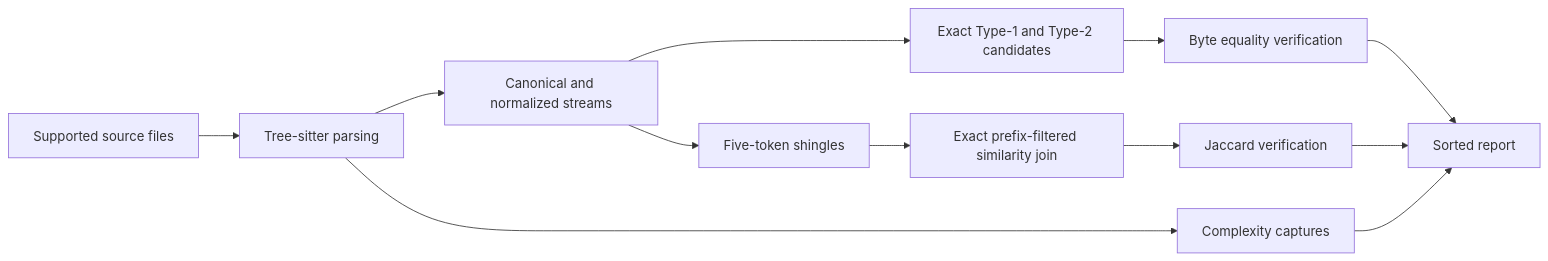
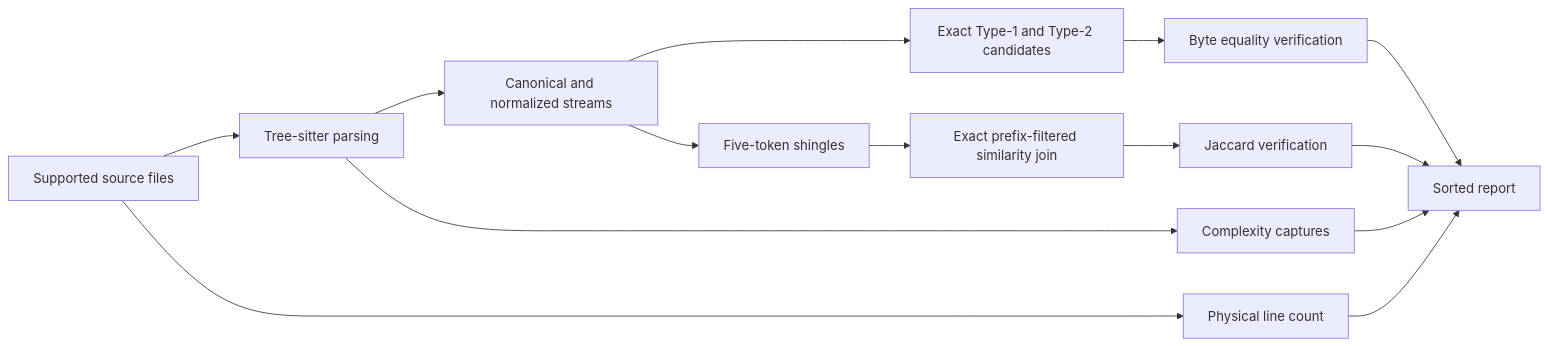
The diagram in docs/content/concepts/how-it-works.md (EzyGang/aposlop), drawn with Mermaid before and after one commit. The commit also changed other lines of this file and 34 other files, not shown here.

Commit message:
✨ feat(file-length): report excessive source file length

````diff
--- a/docs/content/concepts/how-it-works.md
+++ b/docs/content/concepts/how-it-works.md
@@ -6,14 +6,16 @@
 ```mermaid
 flowchart LR
   files[Supported source files] --> parse[Tree-sitter parsing]
+  files --> length[Physical line count]
   parse --> tokens[Canonical and normalized streams]
   tokens --> exact[Exact Type-1 and Type-2 candidates]
   tokens --> shingles[Five-token shingles]
   shingles --> join[Exact prefix-filtered similarity join]
   exact --> verify[Byte equality verification]
   join --> jaccard[Jaccard verification]
   verify --> report[Sorted report]
   jaccard --> report
   parse --> complexity[Complexity captures]
   complexity --> report
+  length --> report
 ```
````
